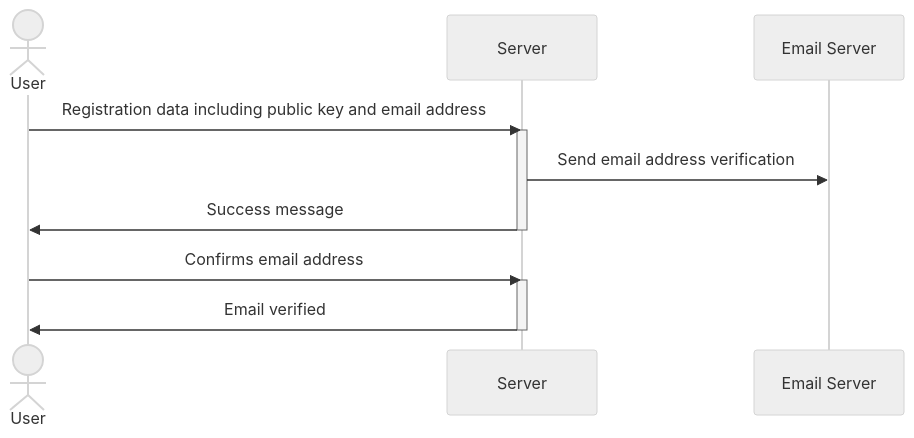
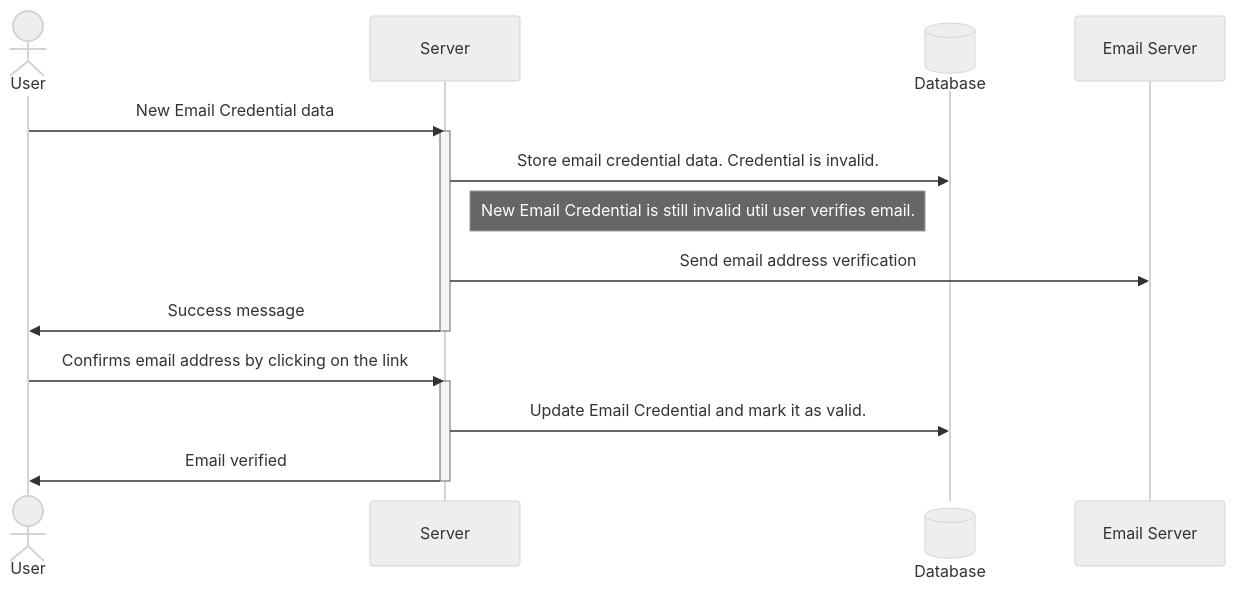
The fifth of 6 diagrams in _drafts/an-architecture-for-passworless-authentication.markdown (tantalum/tantalum.github.io), drawn with Mermaid (neutral theme) before and after one commit. The commit also changed other lines of this file, not shown here.

Commit message:
Overall review, small edits and clarifications to An Architecture for Passwordless Authentication

```diff
--- a/_drafts/an-architecture-for-passworless-authentication.markdown
+++ b/_drafts/an-architecture-for-passworless-authentication.markdown
@@ -180,15 +179,19 @@
 <pre class="mermaid">
 sequenceDiagram
     actor User
     participant Server
+    participant DB@{ "type": "database", "alias": "Database"}
     participant EmailServer@{ "alias": "Email Server"}
-    User->>Server: Registration data including public key and email address
+    User->>Server: New Email Credential data
     activate Server
+    Server->>DB: Store email credential data. Credential is invalid.
+    Note right of Server: New Email Credential is still invalid util user verifies email. 
     Server->>EmailServer: Send email address verification
     Server->>User: Success message
     deactivate Server
-    User->>Server: Confirms email address
+    User->>Server: Confirms email address by clicking on the link
     activate Server
+    Server->>DB: Update Email Credential and mark it as valid.
     Server->>User: Email verified
     deactivate Server
 </pre>
```
